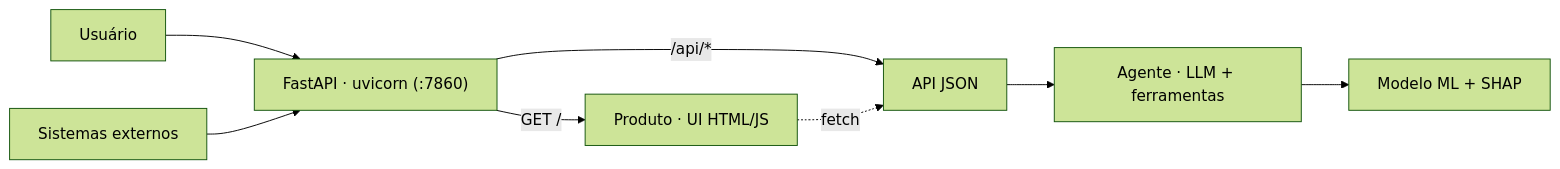
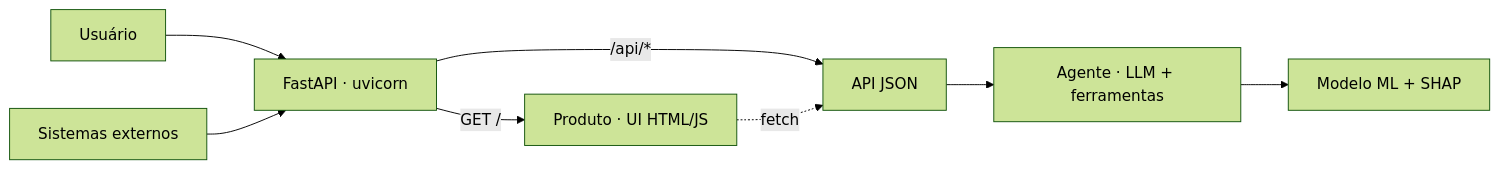
One commit to lcsgborges/churn-predictor changed the diagram in README.md. Above: the diagram before and after it, drawn with Mermaid (forest theme). The commit also changed other lines of this file and 4 other files, not shown here.

````diff
--- a/README.md
+++ b/README.md
@@ -27,10 +27,10 @@
 ```mermaid
 flowchart LR
     U[Usuário] --> APP
     S[Sistemas externos] --> APP
-    APP["FastAPI · uvicorn (:7860)"] -->|"GET /"| UI[Produto · UI HTML/JS]
+    APP["FastAPI · uvicorn"] -->|"GET /"| UI[Produto · UI HTML/JS]
     APP -->|"/api/*"| API[API JSON]
     UI -. fetch .-> API
     API --> AG[Agente · LLM + ferramentas]
     AG --> ML[Modelo ML + SHAP]
 ```
````
